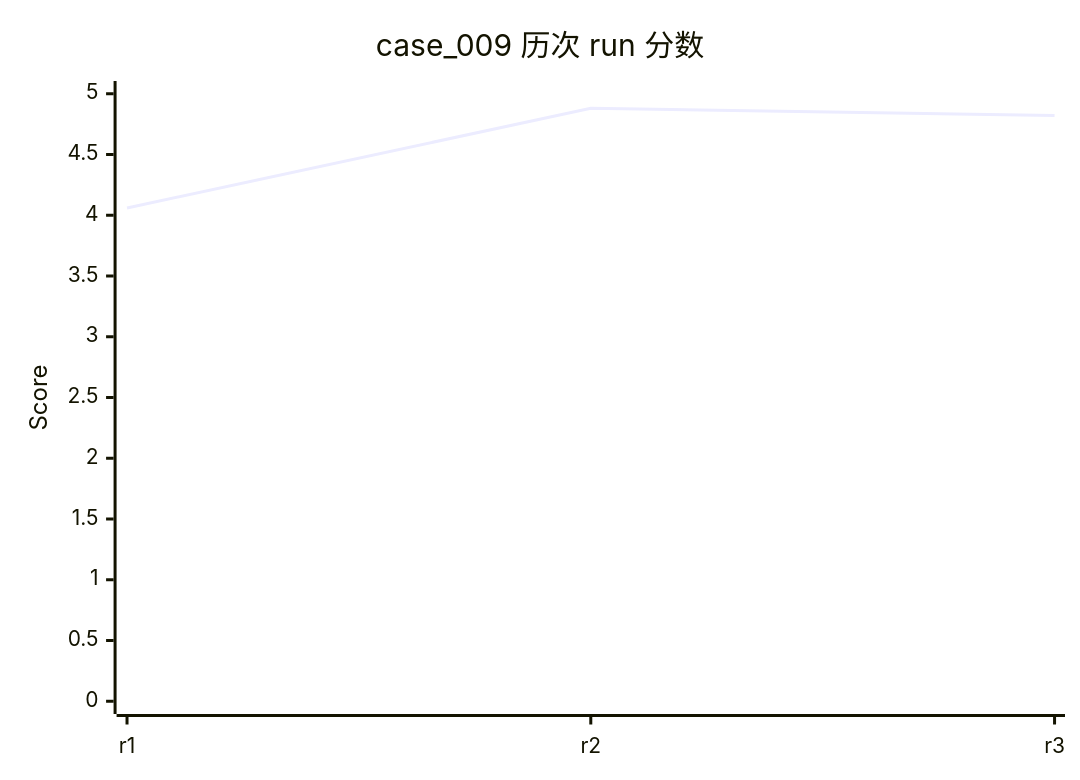
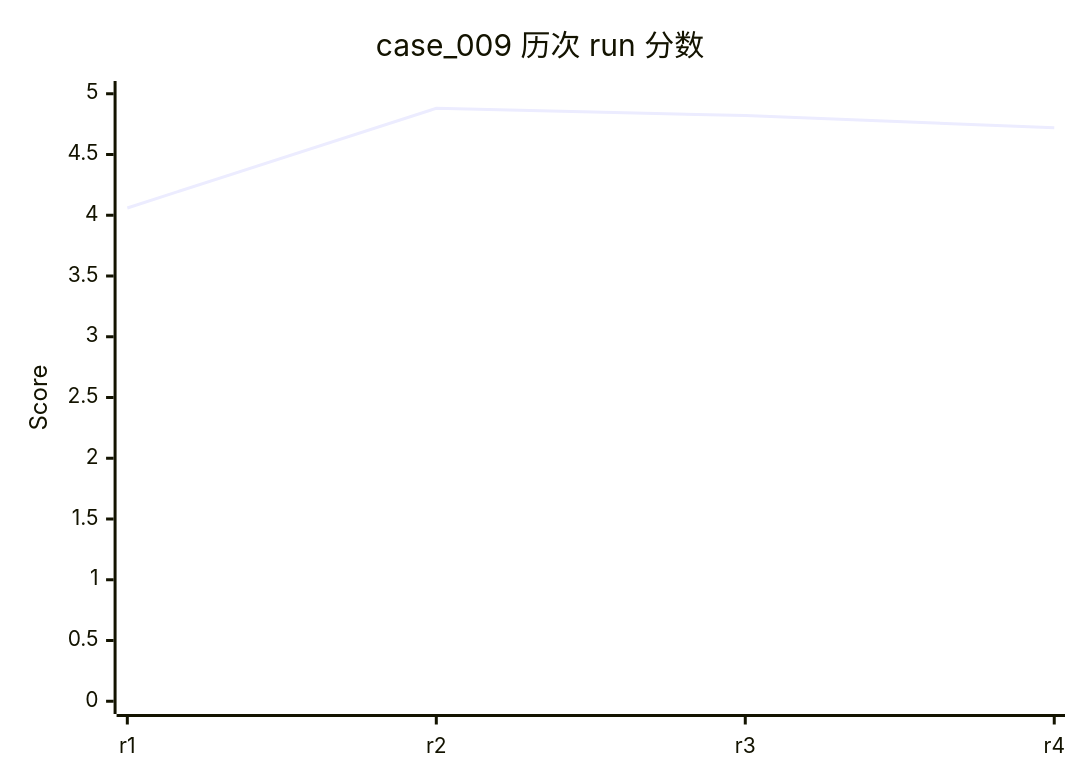
Before and after one commit to rushengzhou/sid-code: diagram 15 of 58 in evals/DASHBOARD.md, drawn with Mermaid. The commit also changed other lines of this file and 34 other files, not shown here.

````diff
--- a/evals/DASHBOARD.md
+++ b/evals/DASHBOARD.md
@@ -356,7 +361,7 @@
 ```mermaid
 xychart-beta
     title "case_009 历次 run 分数"
-    x-axis [r1, r2, r3]
+    x-axis [r1, r2, r3, r4]
     y-axis "Score" 0 --> 5
-    line [4.06, 4.88, 4.82]
+    line [4.06, 4.88, 4.82, 4.72]
 ```
````
